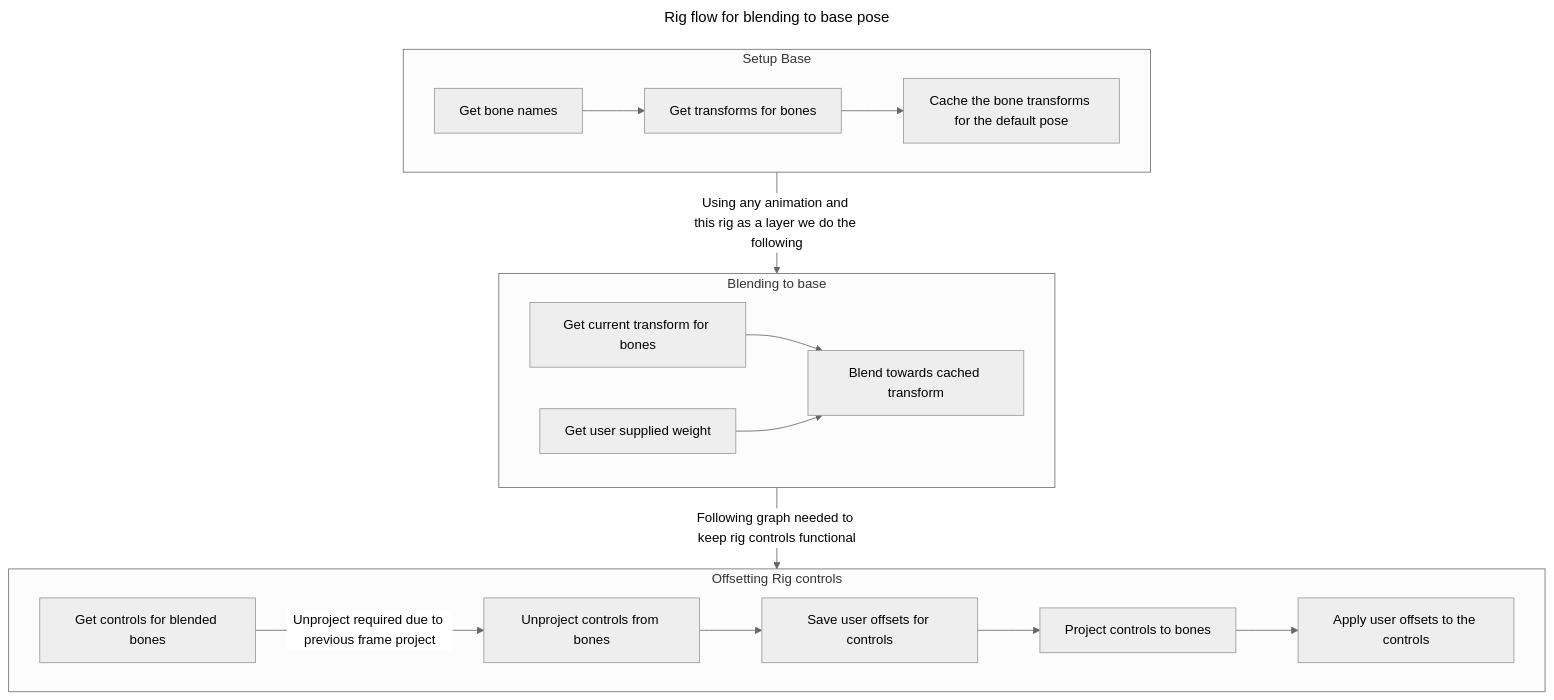
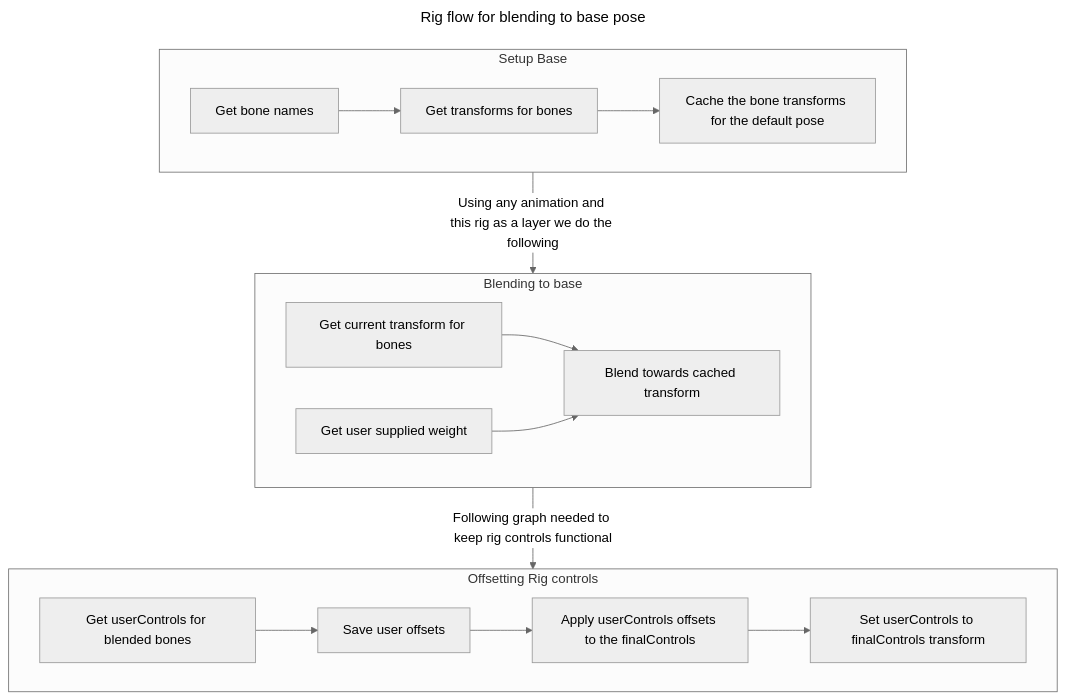
The diagram in Unreal/Plugins/PosePasting.md (J-Andersen-UvA/ToucanVault), drawn with Mermaid (neutral theme) before and after one commit.

Commit message:
vault backup: 2026-08-31 12:02:10

````diff
--- a/Unreal/Plugins/PosePasting.md
+++ b/Unreal/Plugins/PosePasting.md
@@ -7,35 +7,34 @@
 ```mermaid
 ---
 title: Rig flow for blending to base pose
 ---
 flowchart TD
 
 
     subgraph A[Setup Base]
         A0[Get bone names]
         A1[Get transforms for bones]
         A2[Cache the bone transforms for the default pose]
         A0 --> A1 --> A2
     end
 
 	subgraph B[Blending to base]
 		B0[Get current transform for bones]
 		B1[Get user supplied weight]
 		B2[Blend towards cached transform]
 		B0 --> B2
 		B1 --> B2
 	end
 	
 	subgraph C[Offsetting Rig controls]
-		C0[Get controls for blended bones]
-		C1[Unproject controls from bones]
-		C2[Save user offsets for controls]
-		C3[Project controls to bones]
-		C4[Apply user offsets to the controls]
-		C0 -->|Unproject required due to previous frame project| C1 --> C2 --> C3 --> C4
+		C0[Get userControls for blended bones]
+		C1[Save user offsets]
+		C2[Apply userControls offsets to the finalControls]
+		C3[Set userControls to finalControls transform]
+		C0 --> C1 --> C2 --> C3
 	end
 	
 	A -->|Using any animation and this rig as a layer we do the following| B
 	B -->|Following graph needed to keep rig controls functional| C
 	
 ```
````
